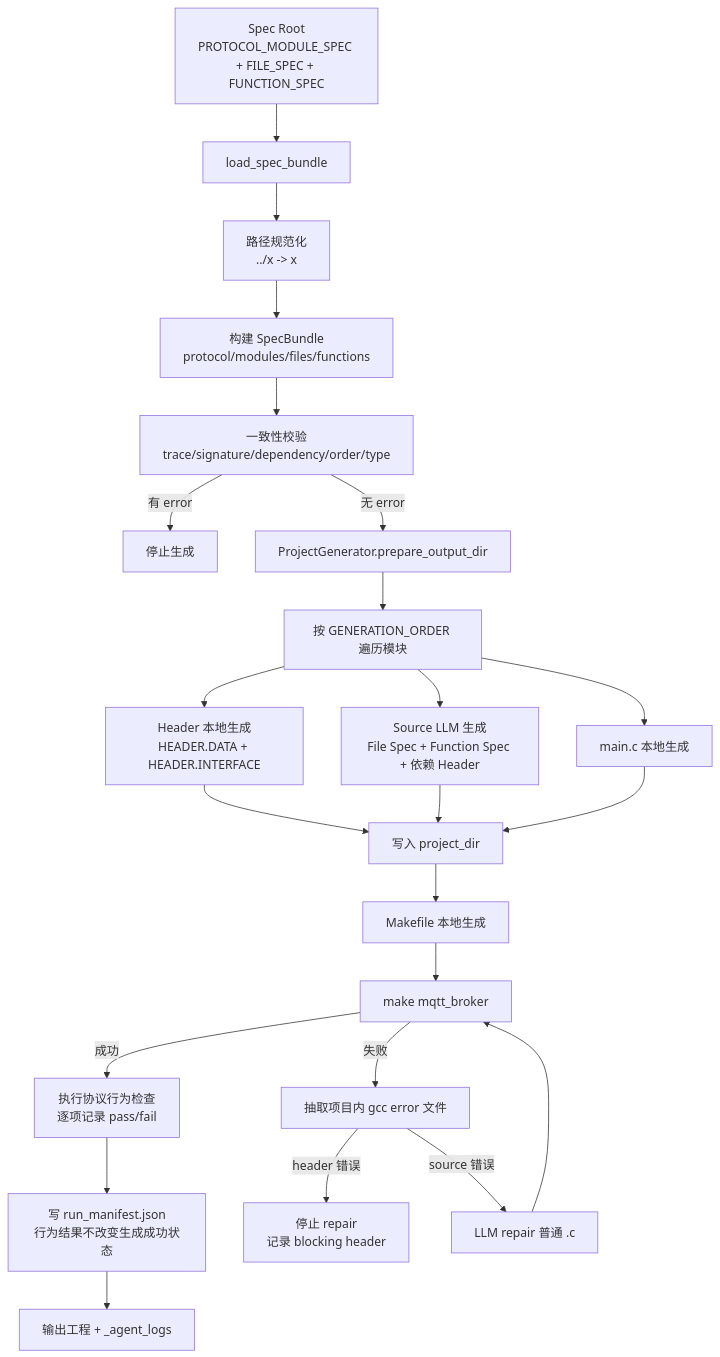
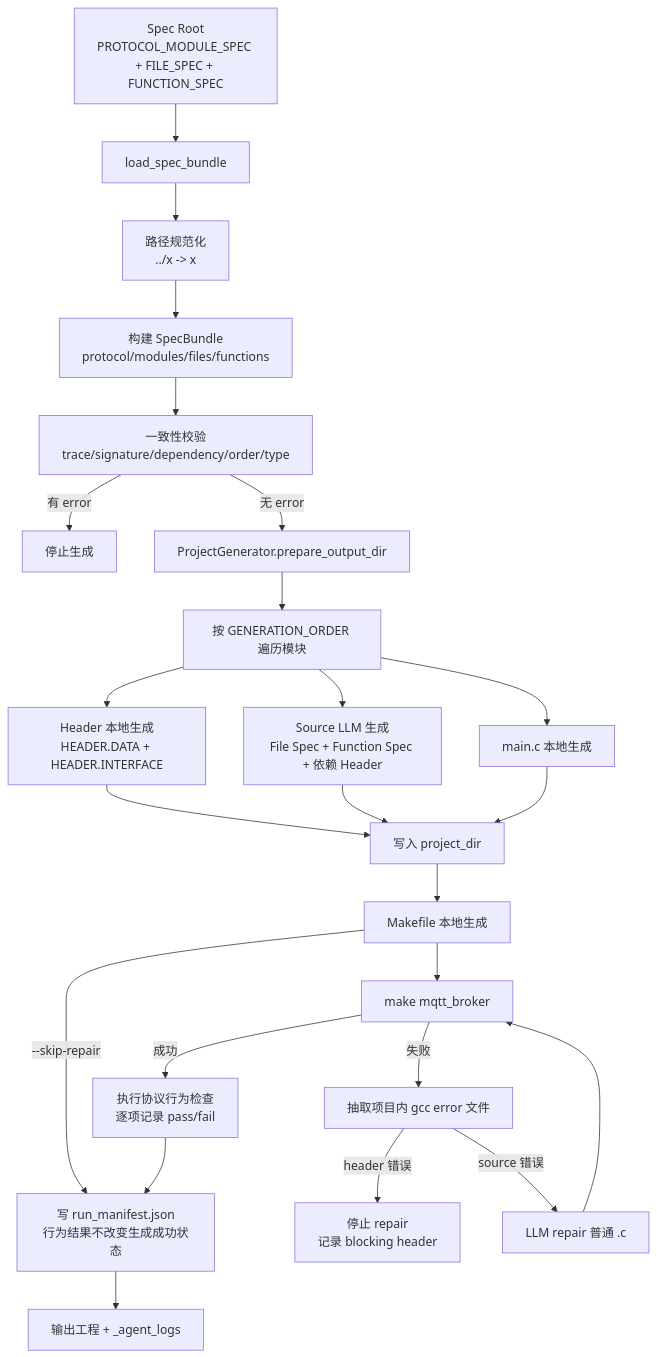
One commit to Assassin187/SpecForge changed the first of 3 diagrams in agent/coder/README.md. Above: the diagram before and after it, drawn with Mermaid. The commit also changed other lines of this file and 4 other files, not shown here.

````diff
--- a/agent/coder/README.md
+++ b/agent/coder/README.md
@@ -17,30 +17,31 @@
 ```mermaid
 flowchart TD
     B[Spec Root<br/>PROTOCOL_MODULE_SPEC + FILE_SPEC + FUNCTION_SPEC] --> C[load_spec_bundle]
 
     C --> D[路径规范化<br/>../x -> x]
     D --> E[构建 SpecBundle<br/>protocol/modules/files/functions]
     E --> F[一致性校验<br/>trace/signature/dependency/order/type]
 
     F -->|有 error| X[停止生成]
     F -->|无 error| G[ProjectGenerator.prepare_output_dir]
 
     G --> H[按 GENERATION_ORDER 遍历模块]
     H --> I[Header 本地生成<br/>HEADER.DATA + HEADER.INTERFACE]
     H --> J[Source LLM 生成<br/>File Spec + Function Spec + 依赖 Header]
     H --> K[main.c 本地生成]
 
     I --> L[写入 project_dir]
     J --> L
     K --> L
     L --> M[Makefile 本地生成]
+    M -->|--skip-repair| O
     M --> N[make mqtt_broker]
 
     N -->|成功| V[执行协议行为检查<br/>逐项记录 pass/fail]
     V --> O[写 run_manifest.json<br/>行为结果不改变生成成功状态]
     N -->|失败| P[抽取项目内 gcc error 文件]
     P -->|header 错误| X2[停止 repair<br/>记录 blocking header] 
     P -->|source 错误| Q[LLM repair 普通 .c]
     Q --> N
     O --> R[输出工程 + _agent_logs]
 ```
````
